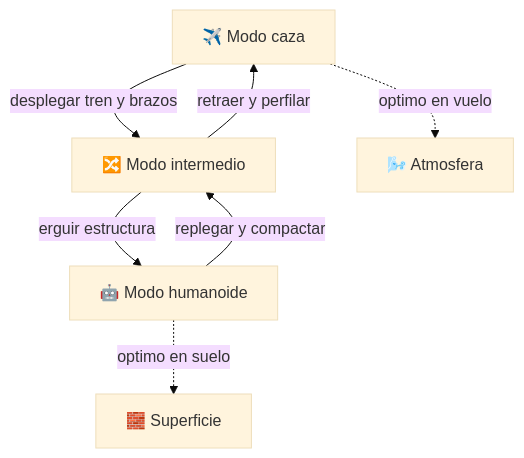
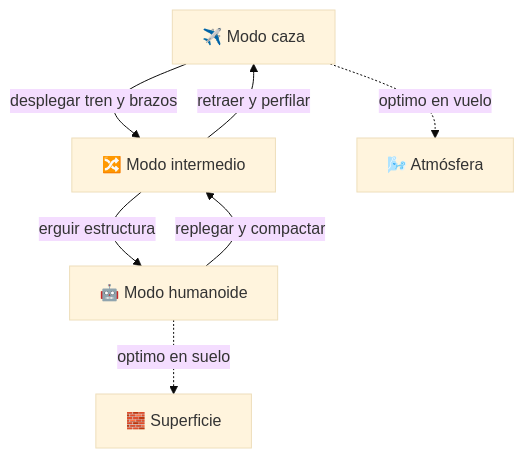
The diagram in vehiculos-fantasticos/caza-transformable/README.md (vladimiracunadev-create/machine-operator-program), drawn with Mermaid (base theme) before and after one commit. The commit also changed other lines of this file and 442 other files, not shown here.

````diff
--- a/vehiculos-fantasticos/caza-transformable/README.md
+++ b/vehiculos-fantasticos/caza-transformable/README.md
@@ -35,9 +35,9 @@
 ```mermaid
 flowchart TD
     Caza[✈️ Modo caza] -->|desplegar tren y brazos| Intermedio[🔀 Modo intermedio]
     Intermedio -->|erguir estructura| Humanoide[🤖 Modo humanoide]
     Humanoide -->|replegar y compactar| Intermedio
     Intermedio -->|retraer y perfilar| Caza
-    Caza -. optimo en vuelo .-> Aire[🌬️ Atmosfera]
+    Caza -. optimo en vuelo .-> Aire[🌬️ Atmósfera]
     Humanoide -. optimo en suelo .-> Suelo[🧱 Superficie]
 ```
````
